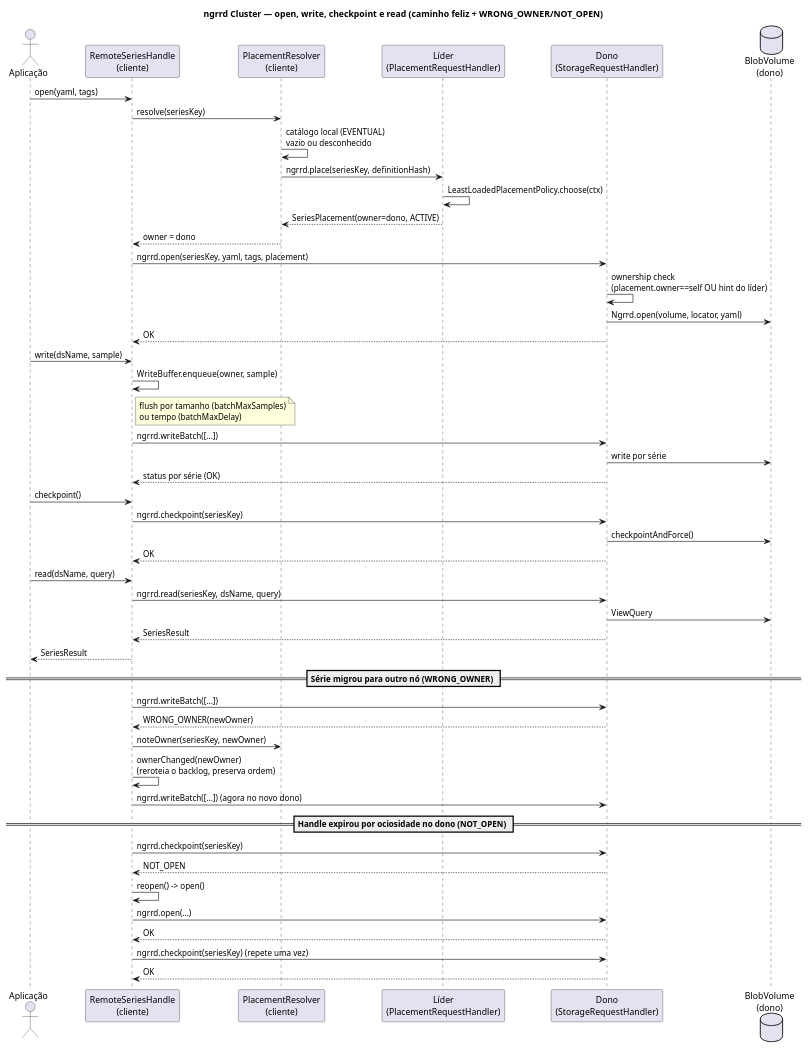
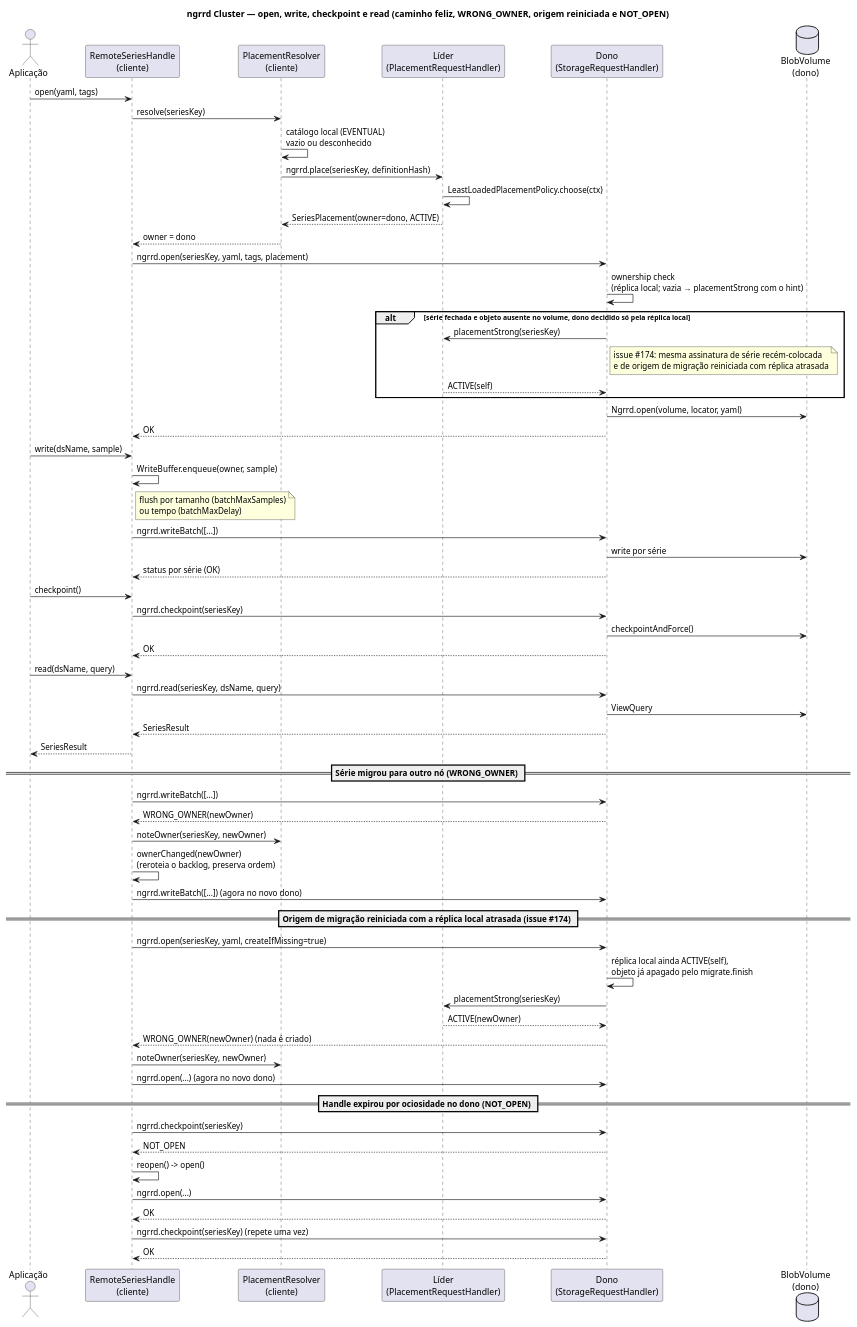
One commit to nishisan-dev/nishi-utils changed the diagram in doc/oss/diagrams/ngrrd_cluster_sequence_write.puml. Above: the diagram before and after it, drawn with PlantUML. The commit also changed 18 other files, not shown here.

First line of the commit message:
fix(ngrrd): origem de migração reiniciada não recria a série vazia (8.6.0) (#176)

```diff
--- a/doc/oss/diagrams/ngrrd_cluster_sequence_write.puml
+++ b/doc/oss/diagrams/ngrrd_cluster_sequence_write.puml
@@ -1,61 +1,78 @@
 @startuml ngrrd_cluster_sequence_write
-title ngrrd Cluster — open, write, checkpoint e read (caminho feliz + WRONG_OWNER/NOT_OPEN)
+title ngrrd Cluster — open, write, checkpoint e read (caminho feliz, WRONG_OWNER, origem reiniciada e NOT_OPEN)
 
 skinparam shadowing false
 
 actor "Aplicação" as app
 participant "RemoteSeriesHandle\n(cliente)" as handle
 participant "PlacementResolver\n(cliente)" as resolver
 participant "Líder\n(PlacementRequestHandler)" as leader
 participant "Dono\n(StorageRequestHandler)" as owner
 database "BlobVolume\n(dono)" as vol
 
 app -> handle : open(yaml, tags)
 handle -> resolver : resolve(seriesKey)
 resolver -> resolver : catálogo local (EVENTUAL)\nvazio ou desconhecido
 resolver -> leader : ngrrd.place(seriesKey, definitionHash)
 leader -> leader : LeastLoadedPlacementPolicy.choose(ctx)
 leader --> resolver : SeriesPlacement(owner=dono, ACTIVE)
 resolver --> handle : owner = dono
 handle -> owner : ngrrd.open(seriesKey, yaml, tags, placement)
-owner -> owner : ownership check\n(placement.owner==self OU hint do líder)
+owner -> owner : ownership check\n(réplica local; vazia → placementStrong com o hint)
+alt série fechada e objeto ausente no volume, dono decidido só pela réplica local
+  owner -> leader : placementStrong(seriesKey)
+  note right of owner
+    issue #174: mesma assinatura de série recém-colocada
+    e de origem de migração reiniciada com réplica atrasada
+  end note
+  leader --> owner : ACTIVE(self)
+end
 owner -> vol : Ngrrd.open(volume, locator, yaml)
 owner --> handle : OK
 
 app -> handle : write(dsName, sample)
 handle -> handle : WriteBuffer.enqueue(owner, sample)
 note right of handle
   flush por tamanho (batchMaxSamples)
   ou tempo (batchMaxDelay)
 end note
 handle -> owner : ngrrd.writeBatch([...])
 owner -> vol : write por série
 owner --> handle : status por série (OK)
 
 app -> handle : checkpoint()
 handle -> owner : ngrrd.checkpoint(seriesKey)
 owner -> vol : checkpointAndForce()
 owner --> handle : OK
 
 app -> handle : read(dsName, query)
 handle -> owner : ngrrd.read(seriesKey, dsName, query)
 owner -> vol : ViewQuery
 owner --> handle : SeriesResult
 handle --> app : SeriesResult
 
 == Série migrou para outro nó (WRONG_OWNER) ==
 handle -> owner : ngrrd.writeBatch([...])
 owner --> handle : WRONG_OWNER(newOwner)
 handle -> resolver : noteOwner(seriesKey, newOwner)
 handle -> handle : ownerChanged(newOwner)\n(reroteia o backlog, preserva ordem)
 handle -> owner : ngrrd.writeBatch([...]) (agora no novo dono)
 
+== Origem de migração reiniciada com a réplica local atrasada (issue #174) ==
+handle -> owner : ngrrd.open(seriesKey, yaml, createIfMissing=true)
+owner -> owner : réplica local ainda ACTIVE(self),\nobjeto já apagado pelo migrate.finish
+owner -> leader : placementStrong(seriesKey)
+leader --> owner : ACTIVE(newOwner)
+owner --> handle : WRONG_OWNER(newOwner) (nada é criado)
+handle -> resolver : noteOwner(seriesKey, newOwner)
+handle -> owner : ngrrd.open(...) (agora no novo dono)
+
 == Handle expirou por ociosidade no dono (NOT_OPEN) ==
 handle -> owner : ngrrd.checkpoint(seriesKey)
 owner --> handle : NOT_OPEN
 handle -> handle : reopen() -> open()
 handle -> owner : ngrrd.open(...)
 owner --> handle : OK
 handle -> owner : ngrrd.checkpoint(seriesKey) (repete uma vez)
 owner --> handle : OK
 @enduml
```
